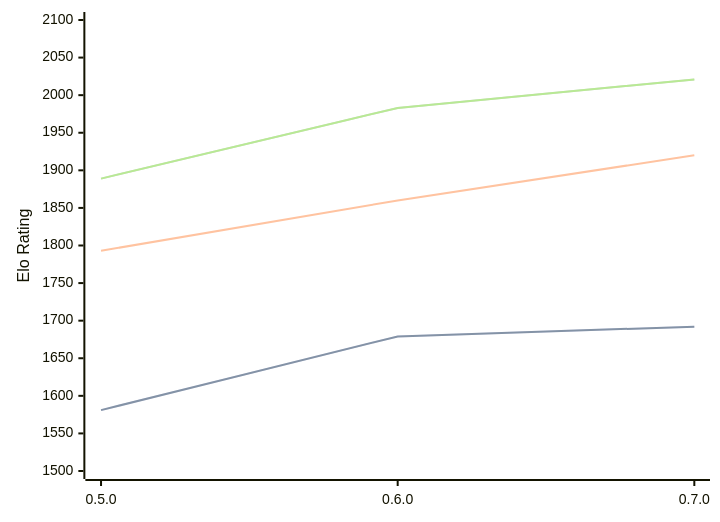
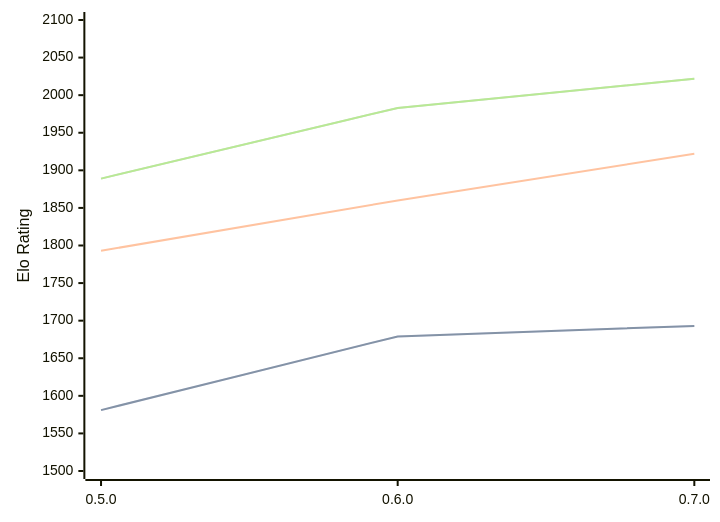
Before and after one commit to computer-chess-index/cci: the diagram in engines/Chess-rs.md, drawn with Mermaid. The commit also changed other lines of this file, not shown here.

Commit message:
Update CCI Ratings (ELO VLTC) - 2026-09-04

````diff
--- a/engines/Chess-rs.md
+++ b/engines/Chess-rs.md
@@ -33,11 +33,11 @@
 ```mermaid
 %%{init: {"theme":"base","themeVariables":{"seriesColors:['#a3a3a3','#222221','#faa371']}}}%%
 xychart-beta
   x-axis ["0.5.0", "0.6.0", "0.7.0"]
   y-axis "Elo Rating" 1500 --> 2100
-  line "" [1581, 1679, 1692]
-  line "STC (8.0+0.08s)" [1581, 1679, 1692]
-  line "LTC (60.0+0.60s)" [1793, 1860, 1920]
-  line "" [1889, 1983, 2021]
-  line "VLTC (2m24s+1.12s)" [1889, 1983, 2021]
+  line "" [1581, 1679, 1693]
+  line "STC (8.0+0.08s)" [1581, 1679, 1693]
+  line "LTC (60.0+0.60s)" [1793, 1860, 1922]
+  line "" [1889, 1983, 2022]
+  line "VLTC (2m24s+1.12s)" [1889, 1983, 2022]
 ```
````
